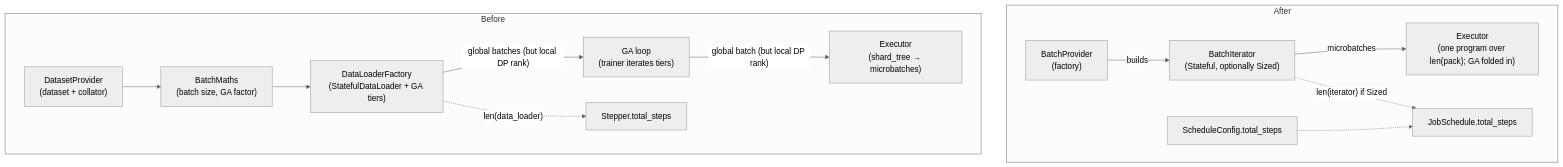
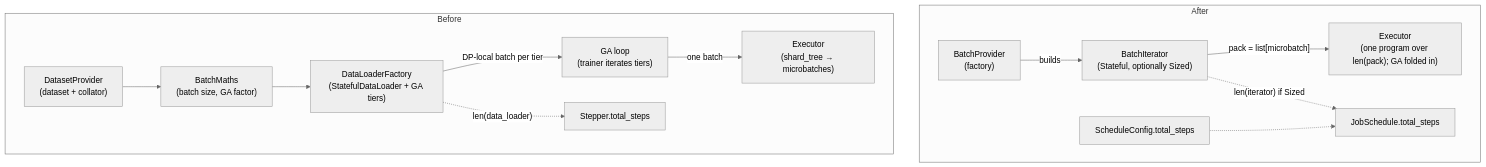
One commit to d9d-project/d9d changed the diagram in deps/0009-dep-dataflow-refactoring.md. Above: the diagram before and after it, drawn with Mermaid (neutral theme).

````diff
--- a/deps/0009-dep-dataflow-refactoring.md
+++ b/deps/0009-dep-dataflow-refactoring.md
@@ -45,21 +45,21 @@
 ```mermaid
 flowchart LR
     subgraph before["Before"]
         direction LR
         bDS["DatasetProvider<br/>(dataset + collator)"] --> bBM["BatchMaths<br/>(batch size, GA factor)"]
         bBM --> bDL["DataLoaderFactory<br/>(StatefulDataLoader + GA tiers)"]
-        bDL -->|"global batches (but local DP rank)"| bGA["GA loop<br/>(trainer iterates tiers)"]
-        bGA -->|"global batch (but local DP rank)"| bEX["Executor<br/>(shard_tree → microbatches)"]
+        bDL -->|"DP-local batch per tier"| bGA["GA loop<br/>(trainer iterates tiers)"]
+        bGA -->|"one batch"| bEX["Executor<br/>(shard_tree → microbatches)"]
         bDL -.->|"len(data_loader)"| bST["Stepper.total_steps"]
     end
 
     subgraph after["After"]
         direction LR
         aBP["BatchProvider<br/>(factory)"] -->|builds| aBI["BatchIterator<br/>(Stateful, optionally Sized)"]
-        aBI -->|"microbatches"| aEX["Executor<br/>(one program over len(pack); GA folded in)"]
+        aBI -->|"pack = list[microbatch]"| aEX["Executor<br/>(one program over len(pack); GA folded in)"]
         aBI -.->|"len(iterator) if Sized"| aJS["JobSchedule.total_steps"]
         aCFG["ScheduleConfig.total_steps"] -.-> aJS
     end
 
     before ~~~ after
 ```
````
